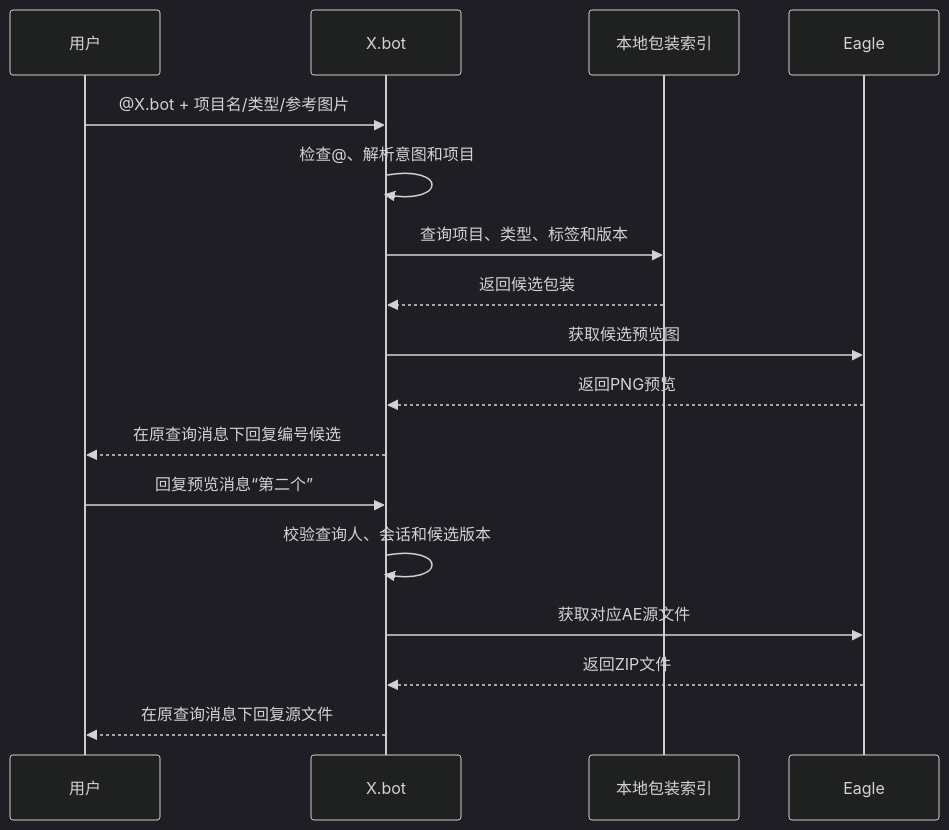
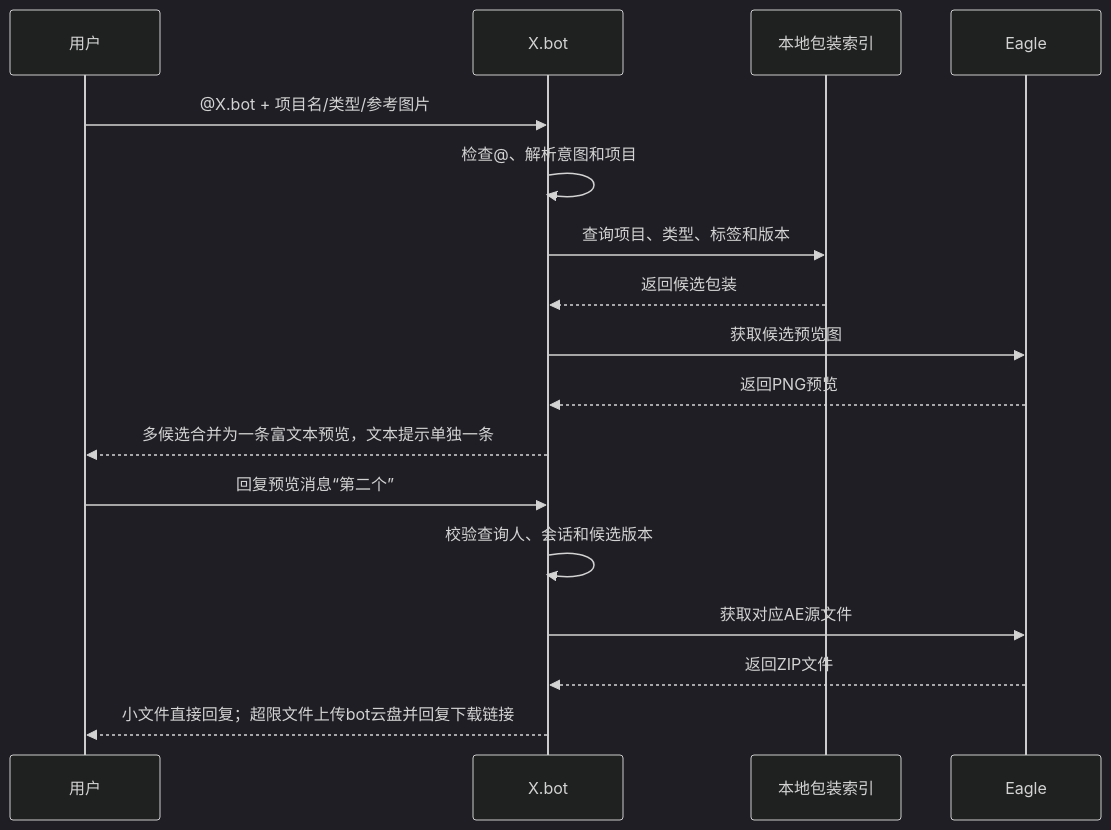
One commit to OooT-x/xbot-packaging-search changed the diagram in docs/飞书机器人包装素材检索项目文档.md. Above: the diagram before and after it, drawn with Mermaid (dark theme). The commit also changed other lines of this file and 5 other files, not shown here.

````diff
--- a/docs/飞书机器人包装素材检索项目文档.md
+++ b/docs/飞书机器人包装素材检索项目文档.md
@@ -319,20 +332,20 @@
 ```mermaid
 sequenceDiagram
     participant U as 用户
     participant B as X.bot
     participant I as 本地包装索引
     participant E as Eagle
 
     U->>B: @X.bot + 项目名/类型/参考图片
     B->>B: 检查@、解析意图和项目
     B->>I: 查询项目、类型、标签和版本
     I-->>B: 返回候选包装
     B->>E: 获取候选预览图
     E-->>B: 返回PNG预览
-    B-->>U: 在原查询消息下回复编号候选
+    B-->>U: 多候选合并为一条富文本预览，文本提示单独一条
     U->>B: 回复预览消息“第二个”
     B->>B: 校验查询人、会话和候选版本
     B->>E: 获取对应AE源文件
     E-->>B: 返回ZIP文件
-    B-->>U: 在原查询消息下回复源文件
+    B-->>U: 小文件直接回复；超限文件上传bot云盘并回复下载链接
 ```
````
